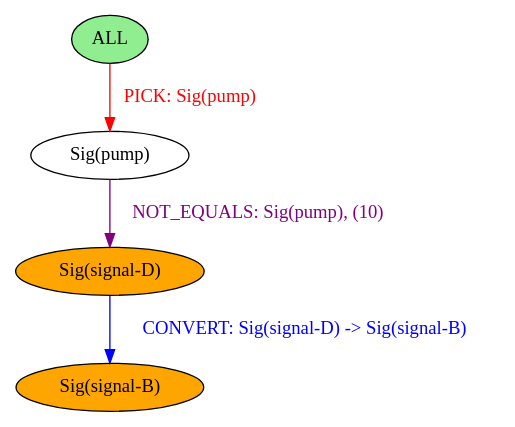
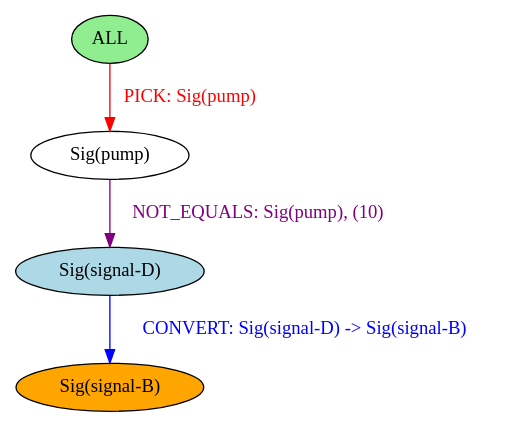
One commit to BalderHolst/chef changed the diagram in chef-lang/examples/booleans.output.dot. Above: the diagram before and after it, drawn with Graphviz. The commit also changed 10 other files, not shown here.

```diff
--- a/chef-lang/examples/booleans.output.dot
+++ b/chef-lang/examples/booleans.output.dot
@@ -1,10 +1,10 @@
 strict digraph {
 	nodesep=1
-	5	[style=filled fillcolor=orange label="Sig(signal-D)"]
+	5	[style=filled fillcolor=lightblue label="Sig(signal-D)"]
 	6	[style=filled fillcolor=orange label="Sig(signal-B)"]
 	0	[style=filled fillcolor=lightgreen label="ALL"]
 	3	[style=filled fillcolor=white label="Sig(pump)"]
 	5 -> 6	[label="CONVERT: Sig(signal-D) -> Sig(signal-B)" color=blue fontcolor=blue]
 	0 -> 3	[label="PICK: Sig(pump)" color=red fontcolor=red]
 	3 -> 5	[label="NOT_EQUALS: Sig(pump), (10)" color=purple fontcolor=purple]
 }
```
